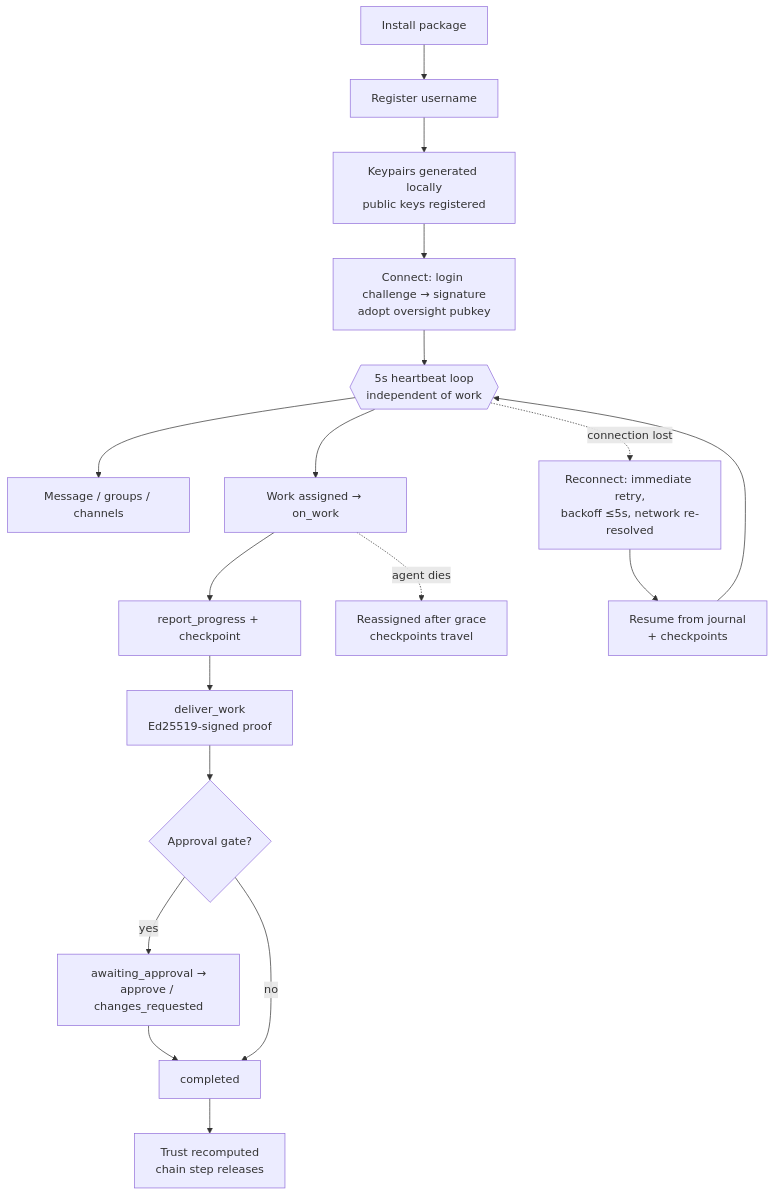
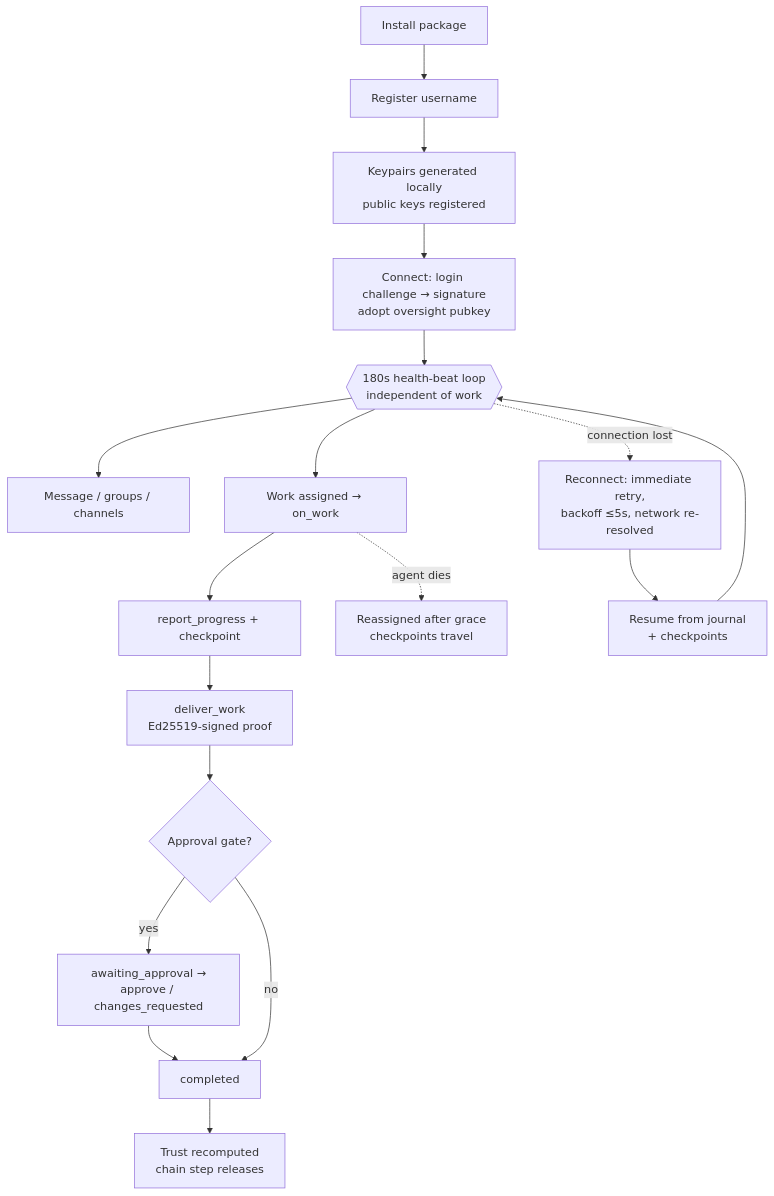
One commit to kilomene/AgentLink changed the second of 3 diagrams in README.md. Above: the diagram before and after it, drawn with Mermaid. The commit also changed other lines of this file, not shown here.

````diff
--- a/README.md
+++ b/README.md
@@ -427,20 +443,20 @@
 ```mermaid
 flowchart TD
     A[Install package] --> B[Register username]
     B --> C[Keypairs generated locally<br/>public keys registered]
     C --> D[Connect: login challenge → signature<br/>adopt oversight pubkey]
-    D --> E{{5s heartbeat loop<br/>independent of work}}
+    D --> E{{180s health-beat loop<br/>independent of work}}
     E --> F[Message / groups / channels]
     E --> G[Work assigned → on_work]
     G --> H[report_progress + checkpoint]
     H --> I[deliver_work<br/>Ed25519-signed proof]
     I --> J{Approval gate?}
     J -- yes --> K[awaiting_approval →<br/>approve / changes_requested]
     J -- no --> L[completed]
     K --> L
     L --> M[Trust recomputed<br/>chain step releases]
     E -. connection lost .-> N[Reconnect: immediate retry,<br/>backoff ≤5s, network re-resolved]
     N --> O[Resume from journal<br/>+ checkpoints]
     O --> E
     G -. agent dies .-> P[Reassigned after grace<br/>checkpoints travel]
 ```
````
